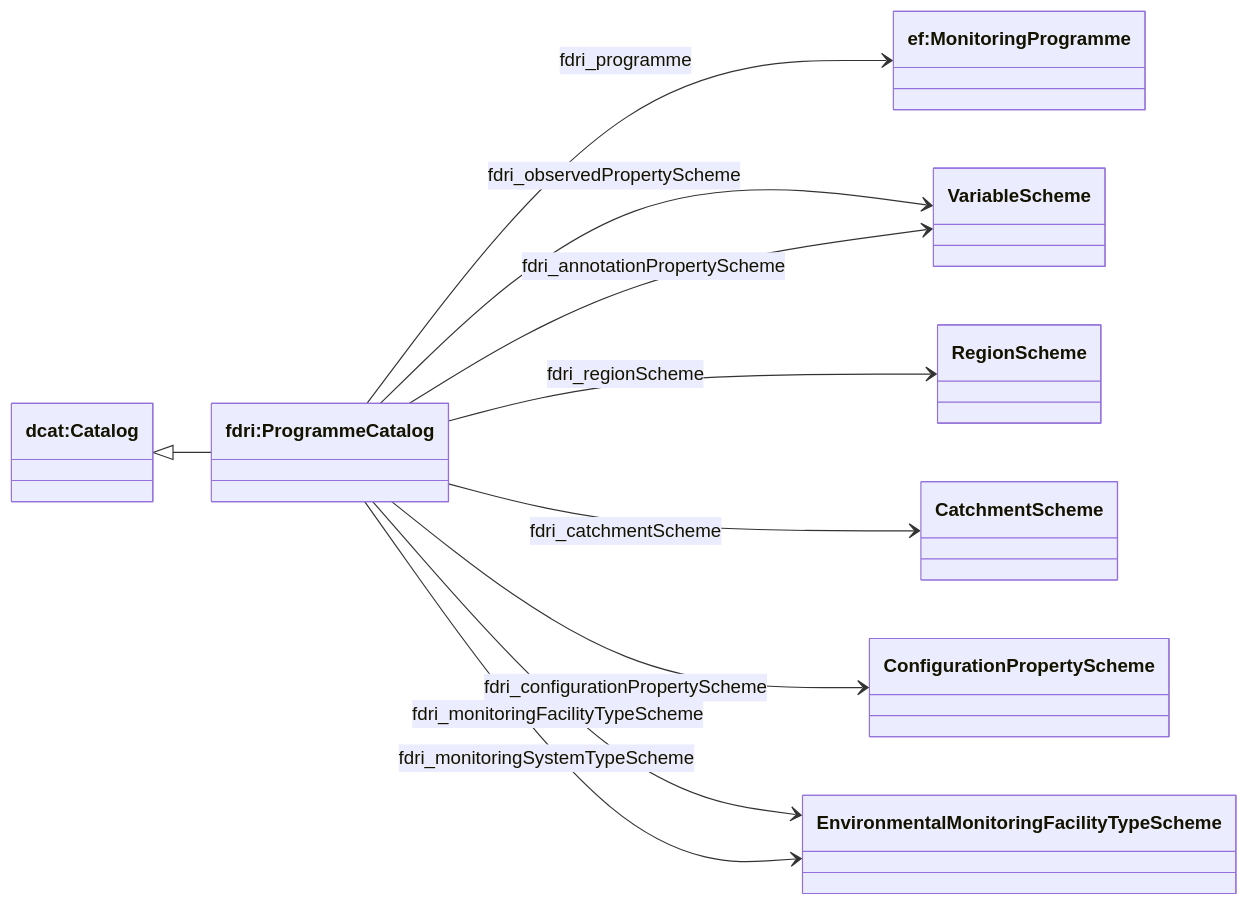
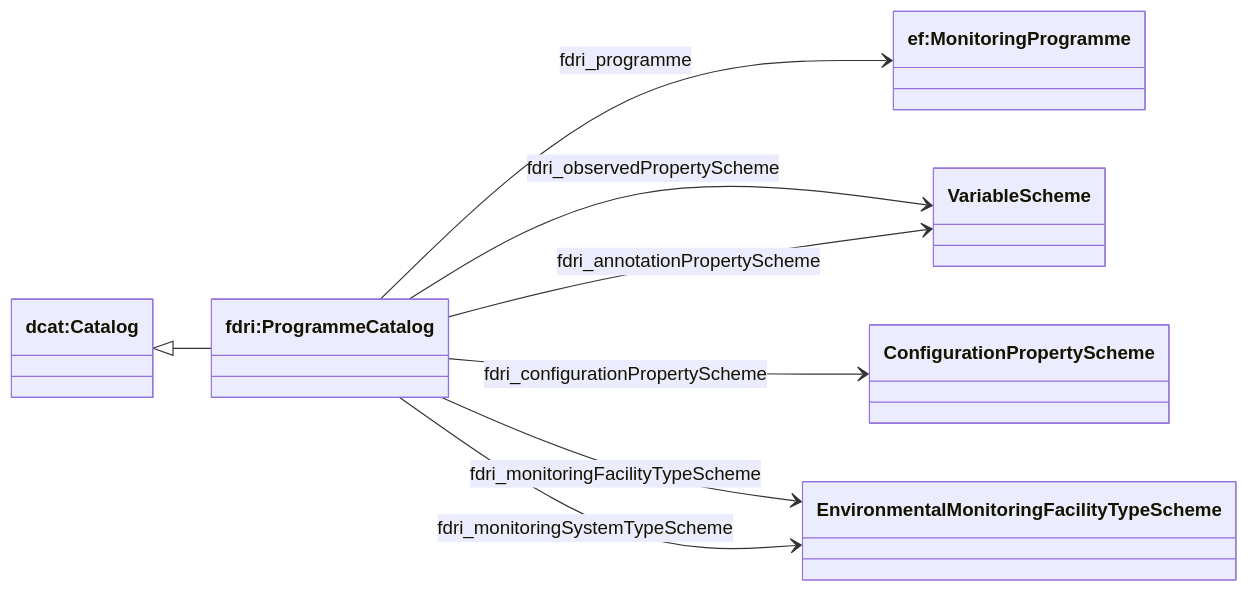
One commit to NERC-CEH/fdri-ontology changed the diagram in doc/programme-catalog.md. Above: the diagram before and after it, drawn with Mermaid. The commit also changed other lines of this file and 9 other files, not shown here.

````diff
--- a/doc/programme-catalog.md
+++ b/doc/programme-catalog.md
@@ -8,17 +8,15 @@
 ```mermaid
 classDiagram
 direction LR
 class Catalog["dcat:Catalog"]
 class ProgrammeCatalog["fdri:ProgrammeCatalog"]
 class Programme["ef:MonitoringProgramme"]
 Catalog <|-- ProgrammeCatalog
 ProgrammeCatalog --> Programme: fdri_programme
 ProgrammeCatalog --> VariableScheme: fdri_observedPropertyScheme
 ProgrammeCatalog --> VariableScheme: fdri_annotationPropertyScheme
-ProgrammeCatalog --> RegionScheme: fdri_regionScheme
-ProgrammeCatalog --> CatchmentScheme: fdri_catchmentScheme
 ProgrammeCatalog --> ConfigurationPropertyScheme: fdri_configurationPropertyScheme
 ProgrammeCatalog --> EnvironmentalMonitoringFacilityTypeScheme: fdri_monitoringFacilityTypeScheme
 ProgrammeCatalog --> EnvironmentalMonitoringFacilityTypeScheme: fdri_monitoringSystemTypeScheme
 
 ```
````
